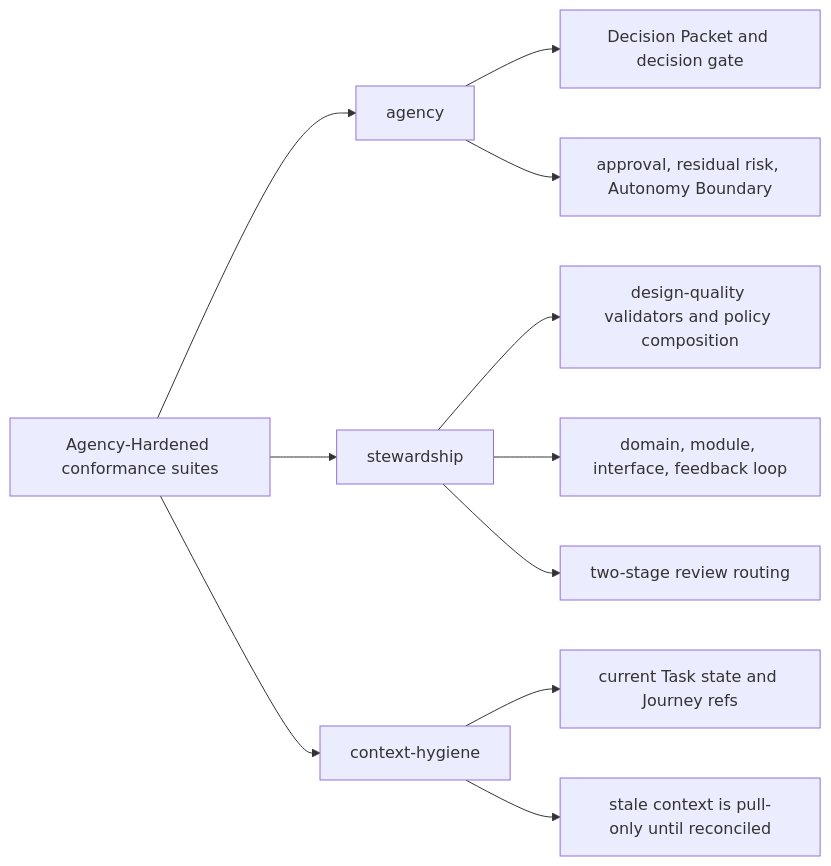
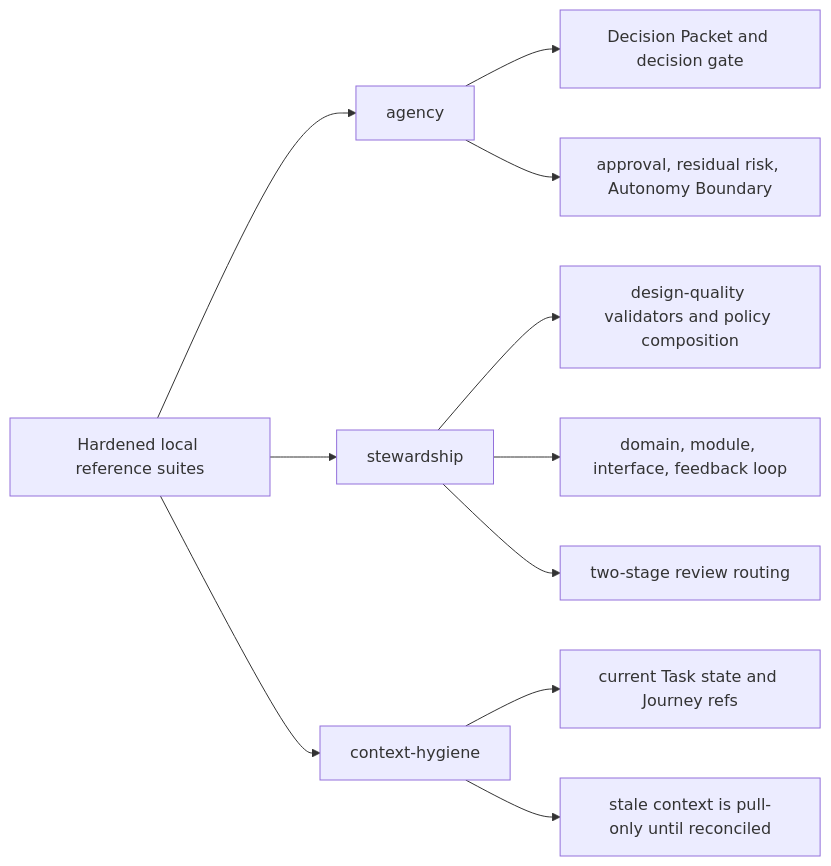
One commit to minjungw00/Volicord changed the third of 3 diagrams in docs/en/reference/conformance-fixtures.md. Above: the diagram before and after it, drawn with Mermaid. The commit also changed other lines of this file and 43 other files, not shown here.

````diff
--- a/docs/en/reference/conformance-fixtures.md
+++ b/docs/en/reference/conformance-fixtures.md
@@ -261,13 +261,13 @@
 ```mermaid
 flowchart LR
-  Suites["Agency-Hardened conformance suites"] --> Agency["agency"]
+  Suites["Hardened local reference suites"] --> Agency["agency"]
   Suites --> Stewardship["stewardship"]
   Suites --> Context["context-hygiene"]
   Agency --> A1["Decision Packet and decision gate"]
   Agency --> A2["approval, residual risk, Autonomy Boundary"]
   Stewardship --> S1["design-quality validators and policy composition"]
   Stewardship --> S2["domain, module, interface, feedback loop"]
   Stewardship --> S3["two-stage review routing"]
   Context --> C1["current Task state and Journey refs"]
   Context --> C2["stale context is pull-only until reconciled"]
 ```
````
